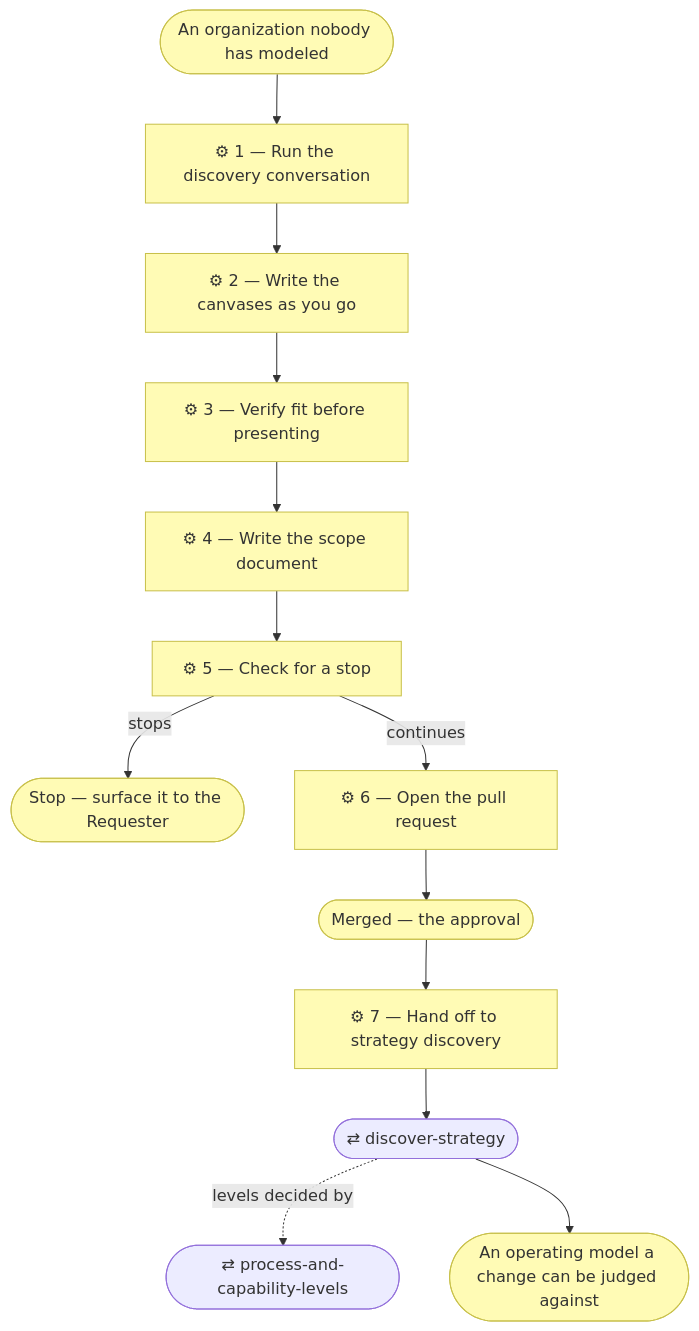
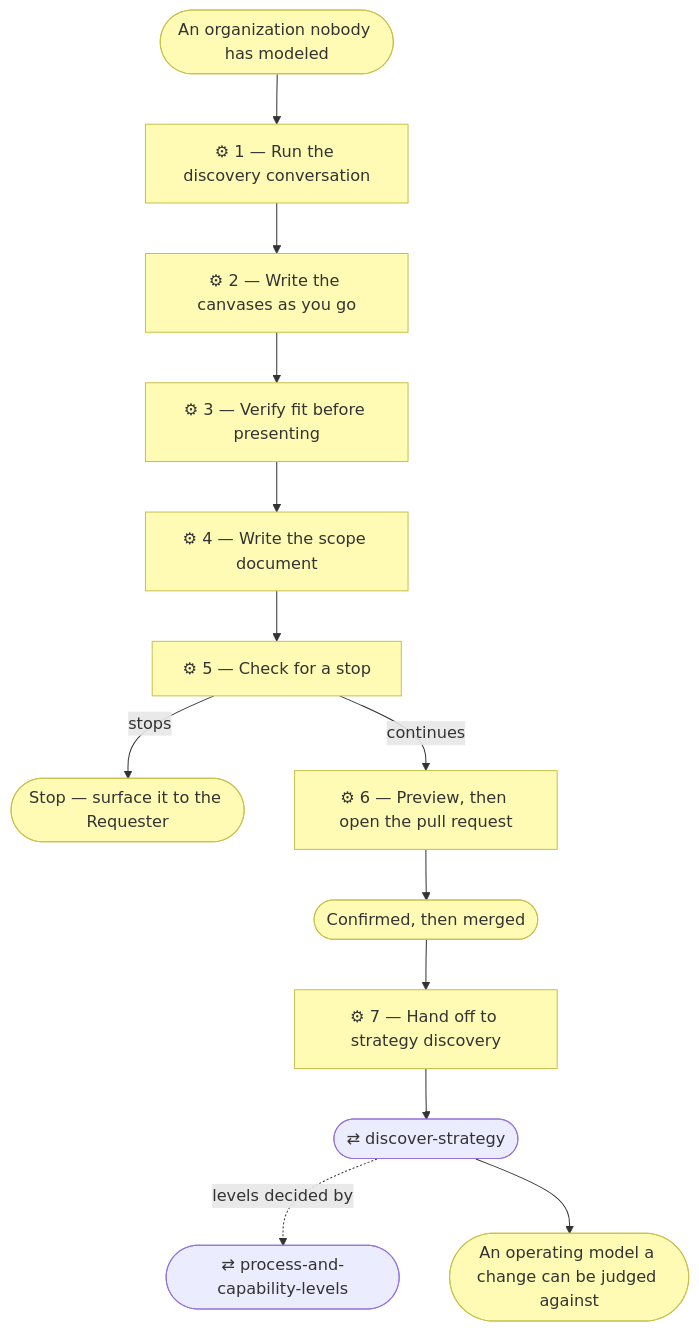
The diagram in plugins/archreator/skills/discover-business-model/SKILL.md (roanboc/archreator), drawn with Mermaid before and after one commit. The commit also changed other lines of this file and 47 other files, not shown here.

````diff
--- a/plugins/archreator/skills/discover-business-model/SKILL.md
+++ b/plugins/archreator/skills/discover-business-model/SKILL.md
@@ -45,25 +45,25 @@
 ```mermaid
 flowchart TD
   req(["An organization nobody has modeled"])
   s1["⚙ 1 — Run the discovery conversation"]
   s2["⚙ 2 — Write the canvases as you go"]
   s3["⚙ 3 — Verify fit before presenting"]
   s4["⚙ 4 — Write the scope document"]
   s5["⚙ 5 — Check for a stop"]
   stop(["Stop — surface it to the Requester"])
-  s6["⚙ 6 — Open the pull request"]
-  merged(["Merged — the approval"])
+  s6["⚙ 6 — Preview, then open the pull request"]
+  merged(["Confirmed, then merged"])
   s7["⚙ 7 — Hand off to strategy discovery"]
   ds(["⇄ discover-strategy"])
   pcl(["⇄ process-and-capability-levels"])
   out(["An operating model a change can be judged against"])
 
   req --> s1 --> s2 --> s3 --> s4 --> s5
   s5 -->|stops| stop
   s5 -->|continues| s6 --> merged --> s7 --> ds
   ds -. levels decided by .-> pcl
   ds --> out
 
   classDef business fill:#fffbb5,stroke:#c8c04a,color:#333
   class s1,s2,s3,s4,s5,s6,s7,req,merged,stop,out business
 ```
````
